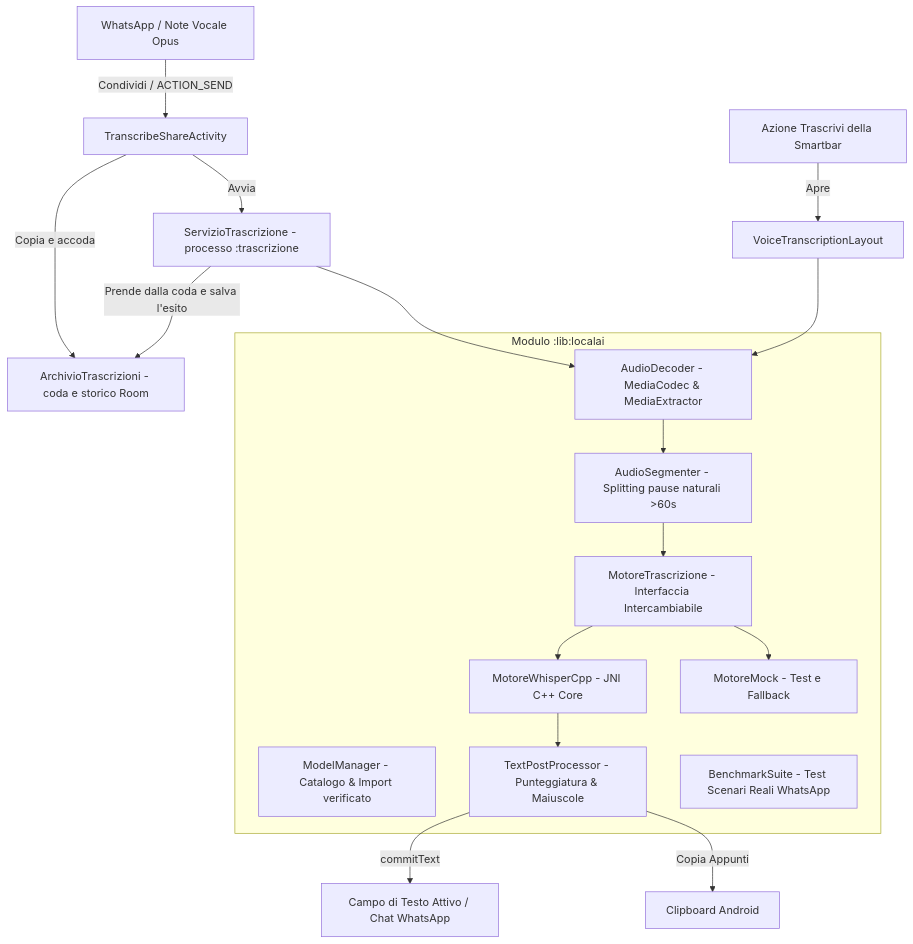
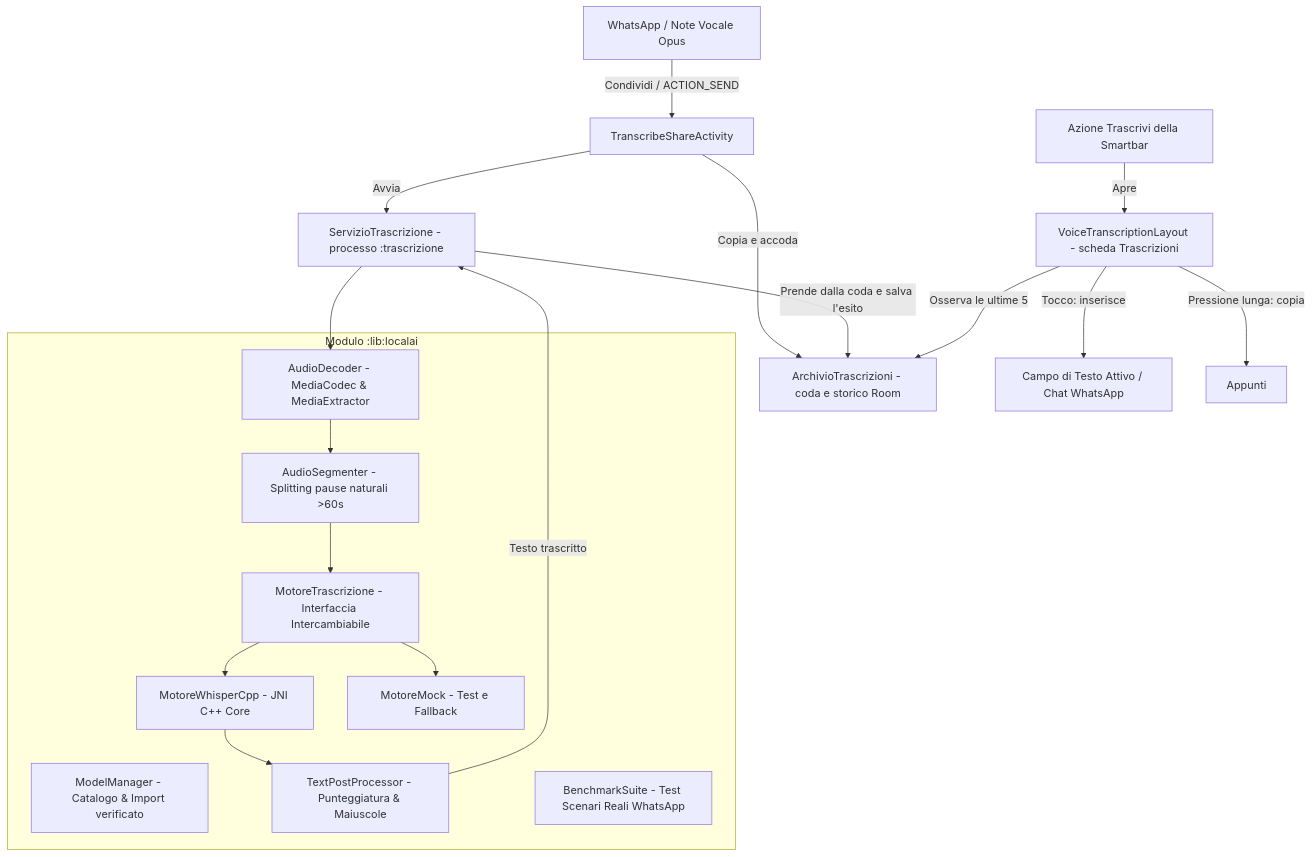
Before and after one commit to donatogranvilla/PoldoKeyboard: the diagram in README_LOCALAI.md, drawn with Mermaid. The commit also changed other lines of this file and 3 other files, not shown here.

First line of the commit message:
Flusso v1 4/5: scheda Trascrizioni nella tastiera

````diff
--- a/README_LOCALAI.md
+++ b/README_LOCALAI.md
@@ -18,29 +18,30 @@
 ```mermaid
 graph TD
     A[WhatsApp / Note Vocale Opus] -->|Condividi / ACTION_SEND| B[TranscribeShareActivity]
     B -->|Copia e accoda| Q[ArchivioTrascrizioni - coda e storico Room]
     B -->|Avvia| S[ServizioTrascrizione - processo :trascrizione]
     S -->|Prende dalla coda e salva l'esito| Q
-    C[Azione Trascrivi della Smartbar] -->|Apre| D[VoiceTranscriptionLayout]
+    C[Azione Trascrivi della Smartbar] -->|Apre| D[VoiceTranscriptionLayout - scheda Trascrizioni]
+    D -->|Osserva le ultime 5| Q
+    D -->|Tocco: inserisce| M[Campo di Testo Attivo / Chat WhatsApp]
+    D -->|Pressione lunga: copia| N[Appunti]
 
     subgraph "Modulo :lib:localai"
         E[AudioDecoder - MediaCodec & MediaExtractor]
         F[AudioSegmenter - Splitting pause naturali >60s]
         G[MotoreTrascrizione - Interfaccia Intercambiabile]
         H[MotoreWhisperCpp - JNI C++ Core]
         I[MotoreMock - Test e Fallback]
         J[ModelManager - Catalogo & Import verificato]
         K[TextPostProcessor - Punteggiatura & Maiuscole]
         L[BenchmarkSuite - Test Scenari Reali WhatsApp]
     end
 
     S --> E
-    D --> E
     E --> F
     F --> G
     G --> H
     G --> I
     H --> K
-    K -->|commitText| M[Campo di Testo Attivo / Chat WhatsApp]
-    K -->|Copia Appunti| N[Clipboard Android]
+    K -->|Testo trascritto| S
 ```
````
